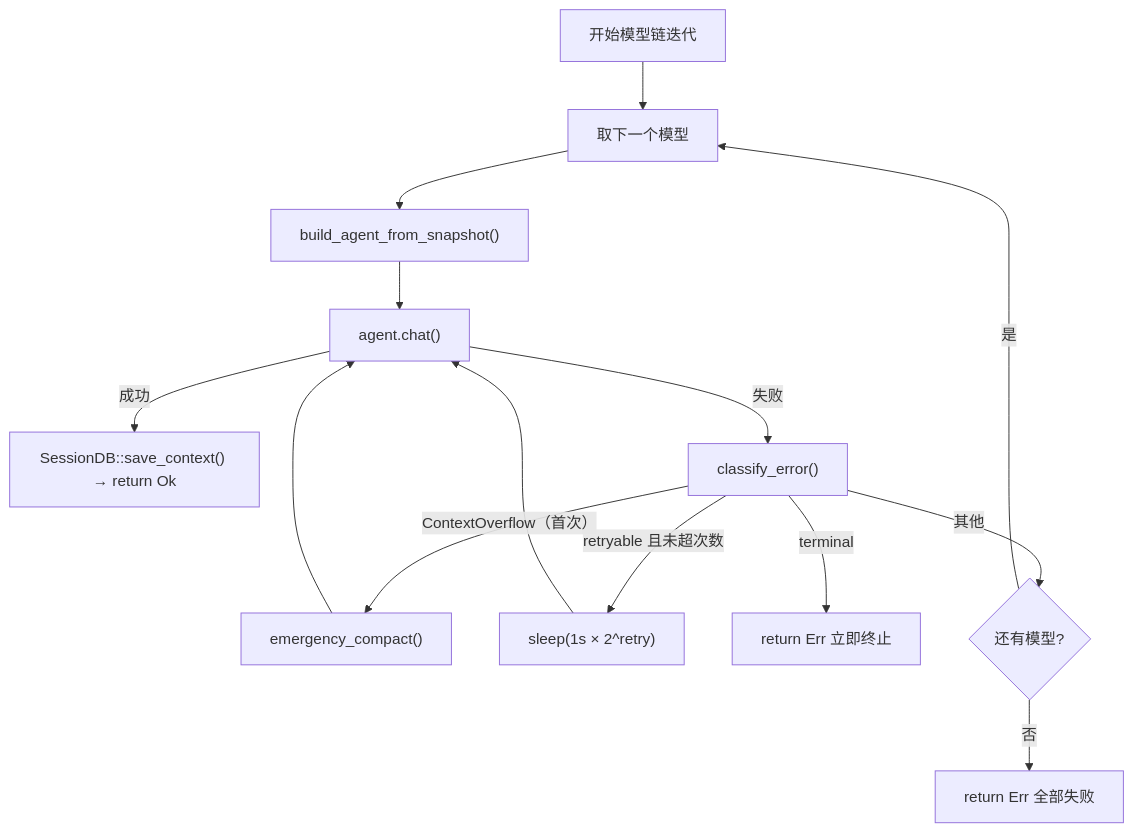
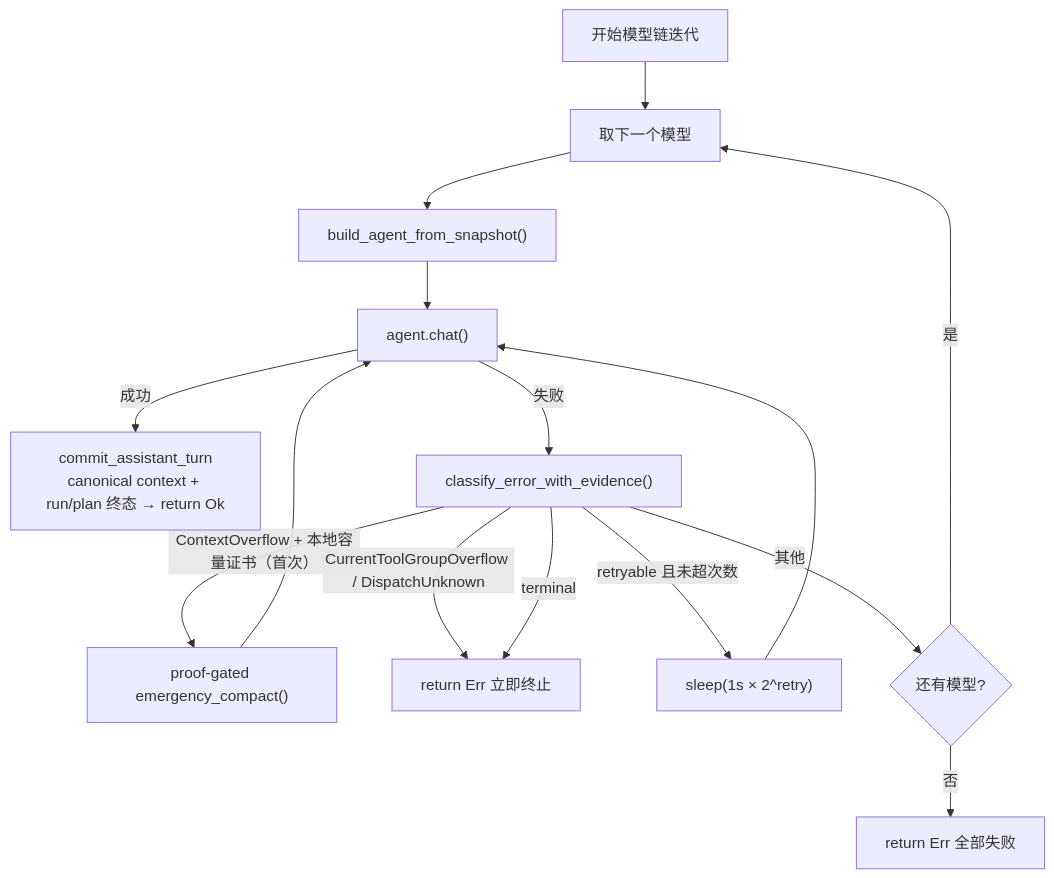
Before and after one commit to shiwenwen/hope-agent: diagram 11 of 16 in docs/architecture/core/provider-system.md, drawn with Mermaid. The commit also changed other lines of this file and 124 other files, not shown here.

````diff
--- a/docs/architecture/core/provider-system.md
+++ b/docs/architecture/core/provider-system.md
@@ -586,17 +589,18 @@
 ```mermaid
 flowchart TD
   START["开始模型链迭代"] --> MODEL["取下一个模型"]
   MODEL --> BUILD["build_agent_from_snapshot()"]
   BUILD --> CHAT["agent.chat()"]
 
-  CHAT -->|成功| SAVE["SessionDB::save_context() → return Ok"]
-  CHAT -->|失败| CLASSIFY["classify_error()"]
+  CHAT -->|成功| SAVE["commit_assistant_turn<br/>canonical context + run/plan 终态 → return Ok"]
+  CHAT -->|失败| CLASSIFY["classify_error_with_evidence()"]
 
-  CLASSIFY -->|"ContextOverflow（首次）"| COMPACT["emergency_compact()"] --> CHAT
+  CLASSIFY -->|"ContextOverflow + 本地容量证书（首次）"| COMPACT["proof-gated emergency_compact()"] --> CHAT
+  CLASSIFY -->|"CurrentToolGroupOverflow / DispatchUnknown"| ABORT
   CLASSIFY -->|"retryable 且未超次数"| BACKOFF["sleep(1s × 2^retry)"] --> CHAT
   CLASSIFY -->|"terminal"| ABORT["return Err 立即终止"]
   CLASSIFY -->|"其他"| NEXT{"还有模型?"}
 
   NEXT -->|是| MODEL
   NEXT -->|否| FAIL["return Err 全部失败"]
 ```
````
